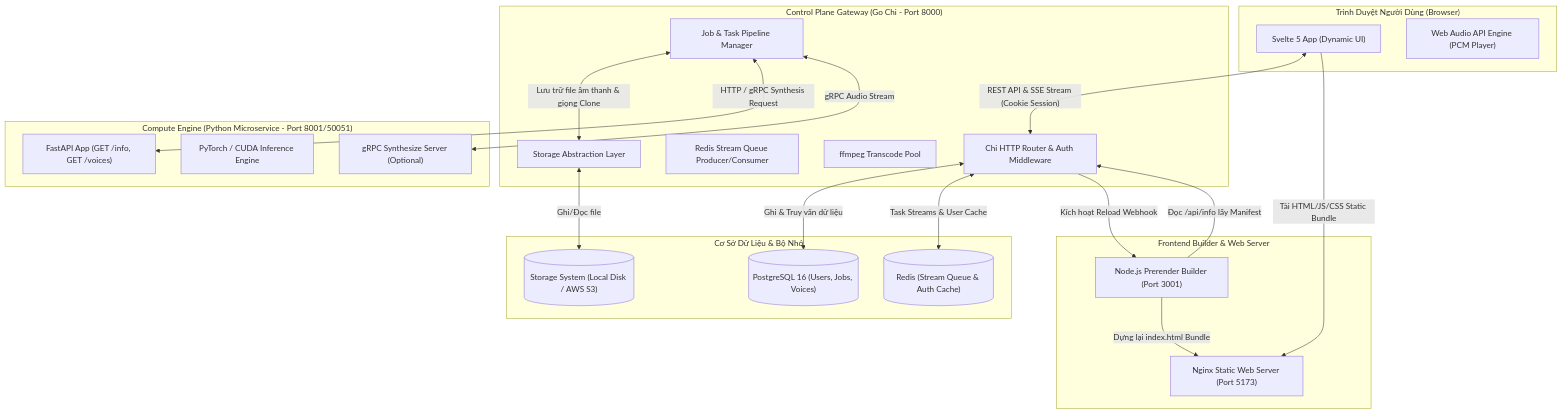
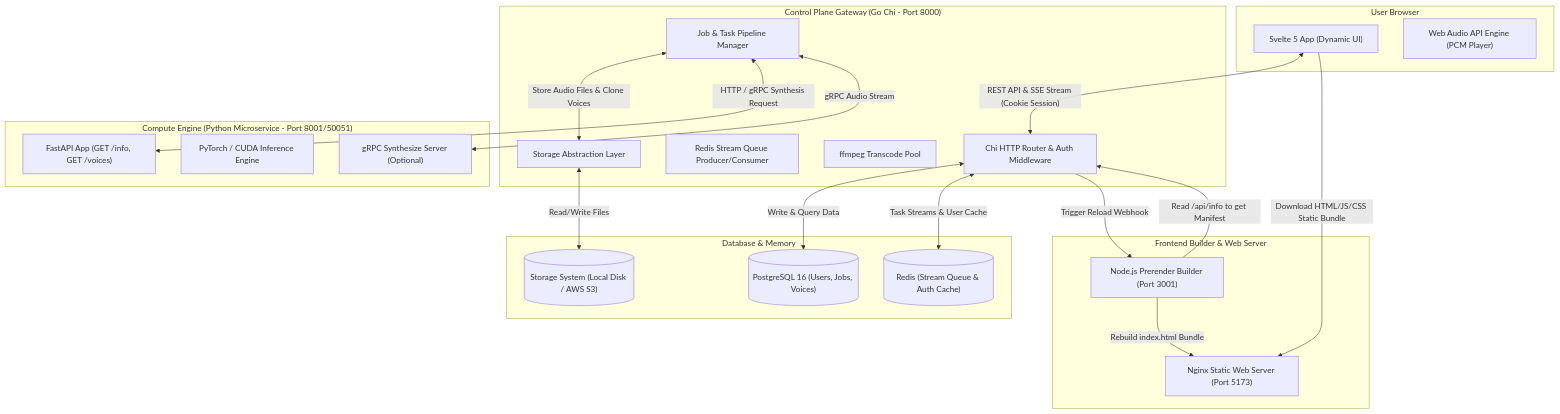
One commit to tranducwsp/better-tts-ui-studio changed the first of 4 diagrams in docs/ARCHITECTURE.md. Above: the diagram before and after it, drawn with Mermaid. The commit also changed other lines of this file and 16 other files, not shown here.

````diff
--- a/docs/ARCHITECTURE.md
+++ b/docs/ARCHITECTURE.md
@@ -11,46 +11,46 @@
 ```mermaid
 flowchart TB
-    subgraph Client [" Trình Duyệt Người Dùng (Browser) "]
+    subgraph Client [" User Browser "]
         UI["Svelte 5 App (Dynamic UI)"]
         AudioEngine["Web Audio API Engine (PCM Player)"]
     end
 
     subgraph FrontendServer [" Frontend Builder & Web Server "]
         Nginx["Nginx Static Web Server (Port 5173)"]
         Builder["Node.js Prerender Builder (Port 3001)"]
     end
 
     subgraph ControlPlane [" Control Plane Gateway (Go Chi - Port 8000) "]
         Router["Chi HTTP Router & Auth Middleware"]
         JobManager["Job & Task Pipeline Manager"]
         RedisQueue["Redis Stream Queue Producer/Consumer"]
         Transcoder["ffmpeg Transcode Pool"]
         StorageEngine["Storage Abstraction Layer"]
     end
 
-    subgraph Infrastructure [" Cơ Sở Dữ Liệu & Bộ Nhớ "]
+    subgraph Infrastructure [" Database & Memory "]
         PG[("PostgreSQL 16 (Users, Jobs, Voices)")]
         RedisDB[("Redis (Stream Queue & Auth Cache)")]
         DiskStorage[("Storage System (Local Disk / AWS S3)")]
     end
 
     subgraph ComputeEngine [" Compute Engine (Python Microservice - Port 8001/50051) "]
         FastAPI["FastAPI App (GET /info, GET /voices)"]
         PyTorch["PyTorch / CUDA Inference Engine"]
         gRPCServer["gRPC Synthesize Server (Optional)"]
     end
 
     UI <-->|"REST API & SSE Stream (Cookie Session)"| Router
-    UI -->|"Tải HTML/JS/CSS Static Bundle"| Nginx
-    Router <-->|"Ghi & Truy vấn dữ liệu"| PG
+    UI -->|"Download HTML/JS/CSS Static Bundle"| Nginx
+    Router <-->|"Write & Query Data"| PG
     Router <-->|"Task Streams & User Cache"| RedisDB
-    JobManager <-->|"Lưu trữ file âm thanh & giọng Clone"| StorageEngine
-    StorageEngine <-->|"Ghi/Đọc file"| DiskStorage
+    JobManager <-->|"Store Audio Files & Clone Voices"| StorageEngine
+    StorageEngine <-->|"Read/Write Files"| DiskStorage
     
     JobManager <-->|"HTTP / gRPC Synthesis Request"| FastAPI
     JobManager <-->|"gRPC Audio Stream"| gRPCServer
 
-    Router -->|"Kích hoạt Reload Webhook"| Builder
-    Builder -->|"Đọc /api/info lấy Manifest"| Router
-    Builder -->|"Dựng lại index.html Bundle"| Nginx
+    Router -->|"Trigger Reload Webhook"| Builder
+    Builder -->|"Read /api/info to get Manifest"| Router
+    Builder -->|"Rebuild index.html Bundle"| Nginx
 ```
````
